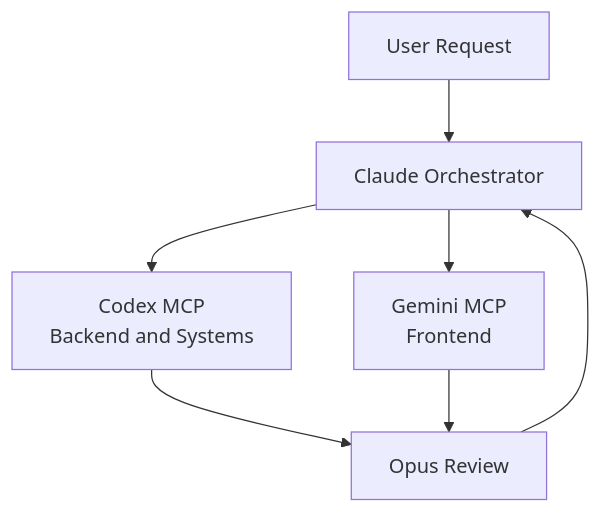
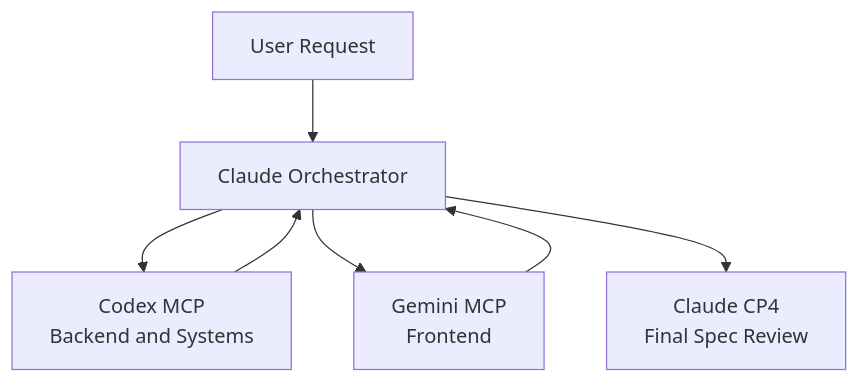
The first of 3 diagrams in plugin/docs/diagrams/ccg-workflow-architecture.md (sitien173/refract), drawn with Mermaid before and after one commit. The commit also changed other lines of this file and 57 other files, not shown here.

````diff
--- a/plugin/docs/diagrams/ccg-workflow-architecture.md
+++ b/plugin/docs/diagrams/ccg-workflow-architecture.md
@@ -8,15 +8,15 @@
 ```mermaid
 graph TB
     USER[User Request]
     CLAUDE[Claude Orchestrator]
     CODEX[Codex MCP<br/>Backend and Systems]
     GEMINI[Gemini MCP<br/>Frontend]
-    OPUS[Opus Review]
+    CP4[Claude CP4<br/>Final Spec Review]
 
     USER --> CLAUDE
     CLAUDE --> CODEX
     CLAUDE --> GEMINI
-    CODEX --> OPUS
-    GEMINI --> OPUS
-    OPUS --> CLAUDE
+    CODEX --> CLAUDE
+    GEMINI --> CLAUDE
+    CLAUDE --> CP4
 ```
````
